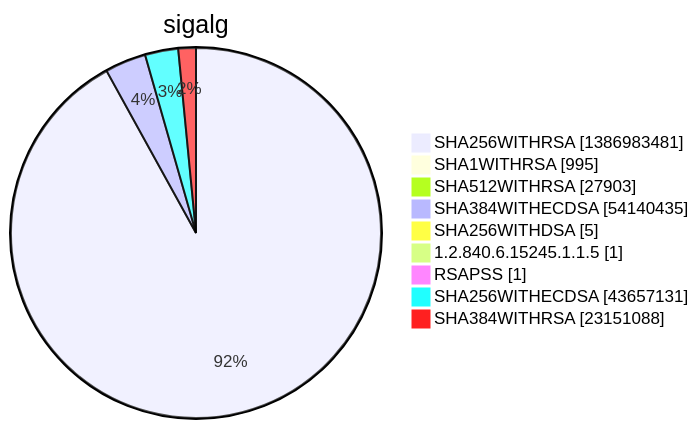
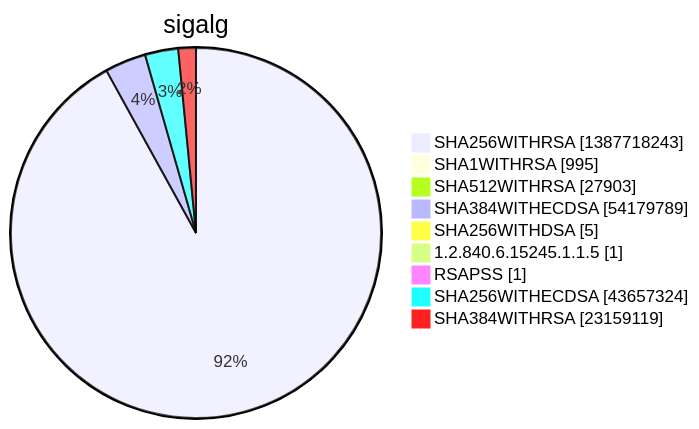
Before and after one commit to christiankrug/ctmonitor_visualization: diagram 15 of 15 in xenon2022/README.md, drawn with Mermaid. The commit also changed other lines of this file, not shown here.

````diff
--- a/xenon2022/README.md
+++ b/xenon2022/README.md
@@ -5854,13 +5854,13 @@
 ```mermaid
 pie showData
 title sigalg
-"SHA256WITHRSA" :1386983481
+"SHA256WITHRSA" :1387718243
 "SHA1WITHRSA" :995
 "SHA512WITHRSA" :27903
-"SHA384WITHECDSA" :54140435
+"SHA384WITHECDSA" :54179789
 "SHA256WITHDSA" :5
 "1.2.840.6.15245.1.1.5" :1
 "RSAPSS" :1
-"SHA256WITHECDSA" :43657131
-"SHA384WITHRSA" :23151088
+"SHA256WITHECDSA" :43657324
+"SHA384WITHRSA" :23159119
 ```
````
